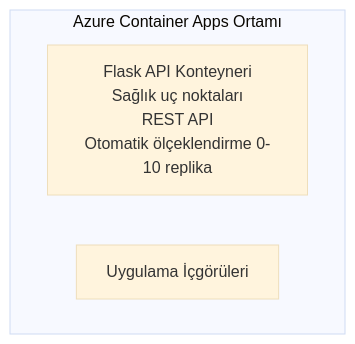
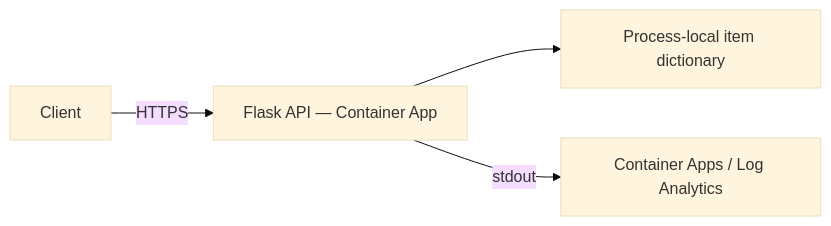
One commit to microsoft/AZD-for-beginners changed the diagram in translations/tr/examples/container-app/simple-flask-api/README.md. Above: the diagram before and after it, drawn with Mermaid (base theme). The commit also changed other lines of this file and 141 other files, not shown here.

````diff
--- a/translations/tr/examples/container-app/simple-flask-api/README.md
+++ b/translations/tr/examples/container-app/simple-flask-api/README.md
@@ -26,7 +16,6 @@
 ```mermaid
-graph TD
-    subgraph ACA[Azure Container Apps Ortamı]
-        Flask[Flask API Konteyneri<br/>Sağlık uç noktaları<br/>REST API<br/>Otomatik ölçeklendirme 0-10 replika]
-        AppInsights[Uygulama İçgörüleri]
-    end
+flowchart LR
+    Client -->|HTTPS| API[Flask API — Container App]
+    API --> Memory[Process-local item dictionary]
+    API -->|stdout| Logs[Container Apps / Log Analytics]
 ```
````
